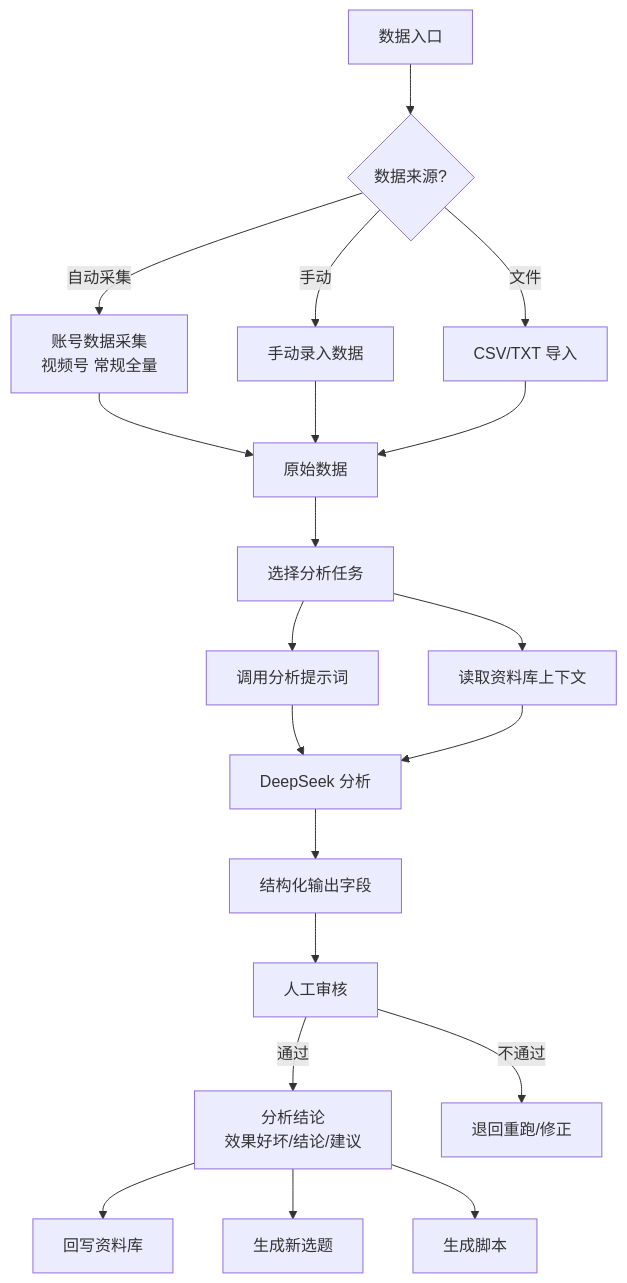
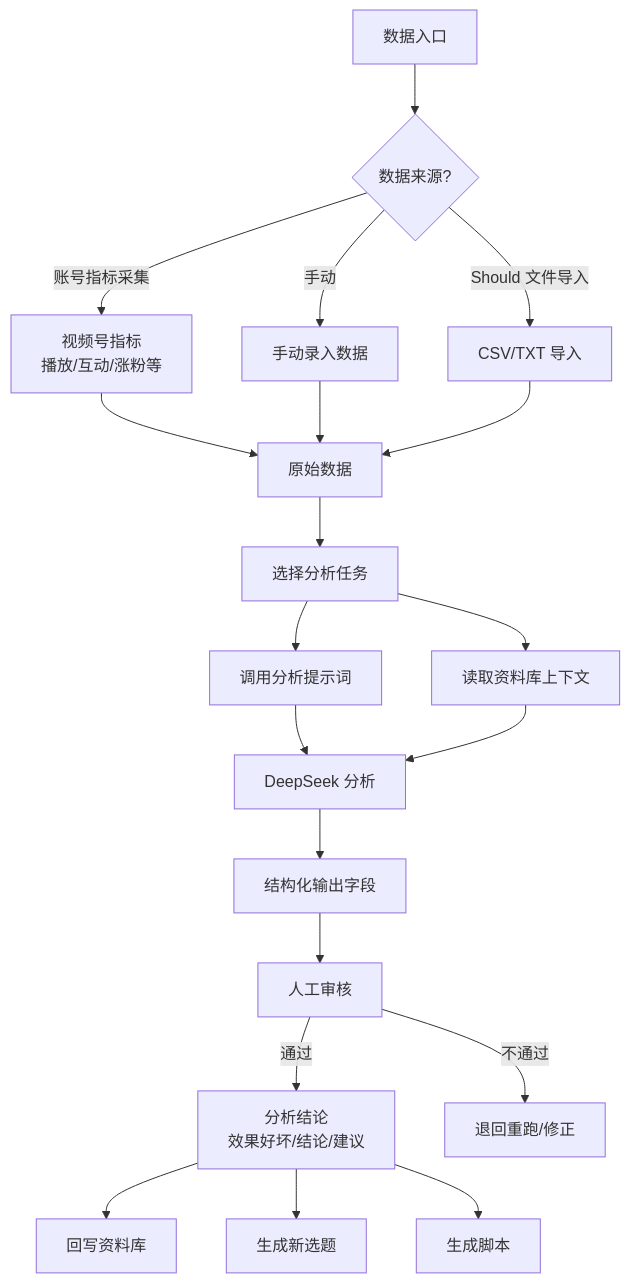
One commit to lophyJessica/forge-scrm changed the fifth of 5 diagrams in context/02-核心业务流程.md. Above: the diagram before and after it, drawn with Mermaid. The commit also changed other lines of this file and 18 other files, not shown here.

Commit message:
docs: 修复审计27项(P0x9/P1x13/P2x5)——口径统一/审核入口/一期权限/Schema对齐

````diff
--- a/context/02-核心业务流程.md
+++ b/context/02-核心业务流程.md
@@ -101,22 +104,22 @@
 ```mermaid
 flowchart TD
     A[数据入口] --> B{数据来源?}
-    B -->|自动采集| C[账号数据采集<br/>视频号 常规全量]
+    B -->|账号指标采集| C[视频号指标<br/>播放/互动/涨粉等]
     B -->|手动| D[手动录入数据]
-    B -->|文件| E[CSV/TXT 导入]
+    B -->|Should 文件导入| E[CSV/TXT 导入]
     C --> F[原始数据]
     D --> F
     E --> F
     F --> G[选择分析任务]
     G --> H[调用分析提示词]
     G --> I[读取资料库上下文]
     H --> J[DeepSeek 分析]
     I --> J
     J --> K[结构化输出字段]
     K --> L[人工审核]
     L -->|通过| M[分析结论<br/>效果好坏/结论/建议]
     L -->|不通过| N[退回重跑/修正]
     M --> O[回写资料库]
     M --> P[生成新选题]
     M --> Q[生成脚本]
 ```
````
